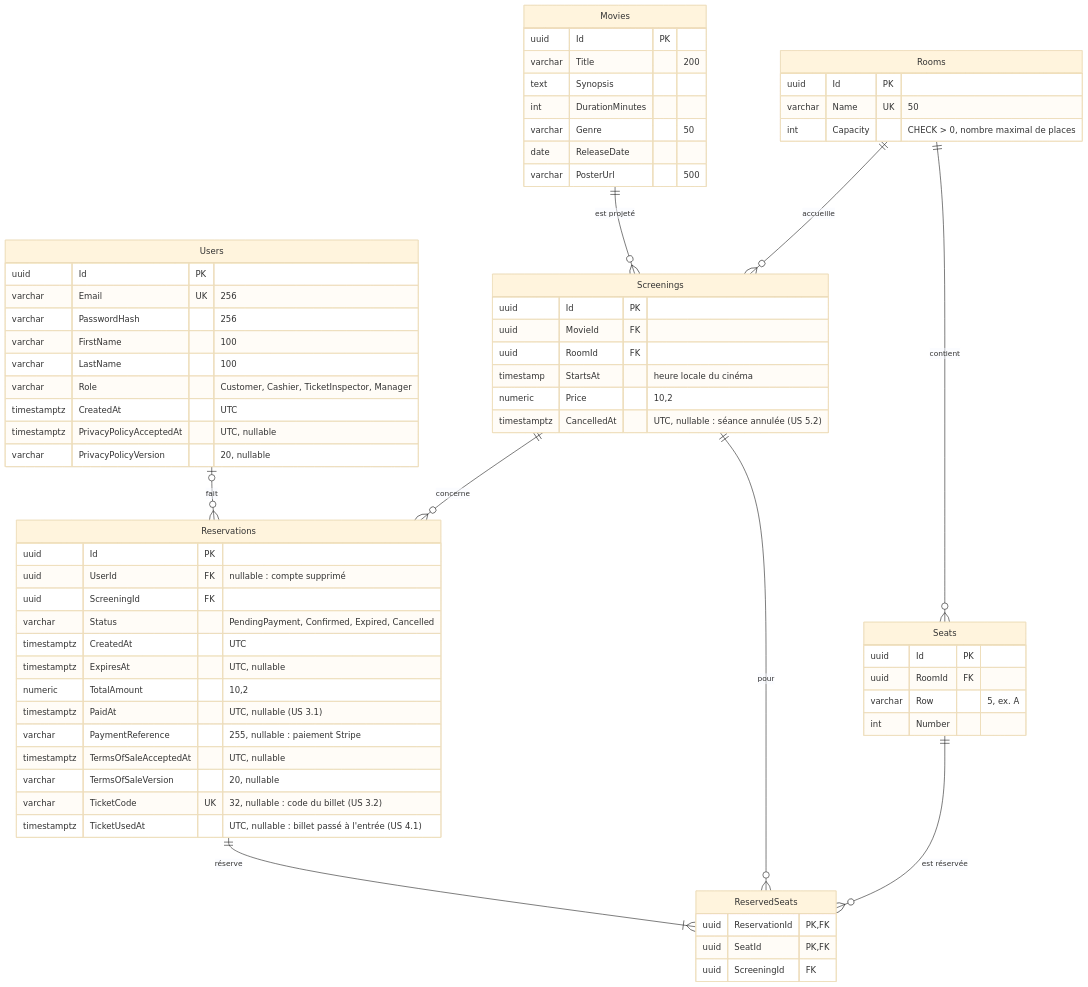
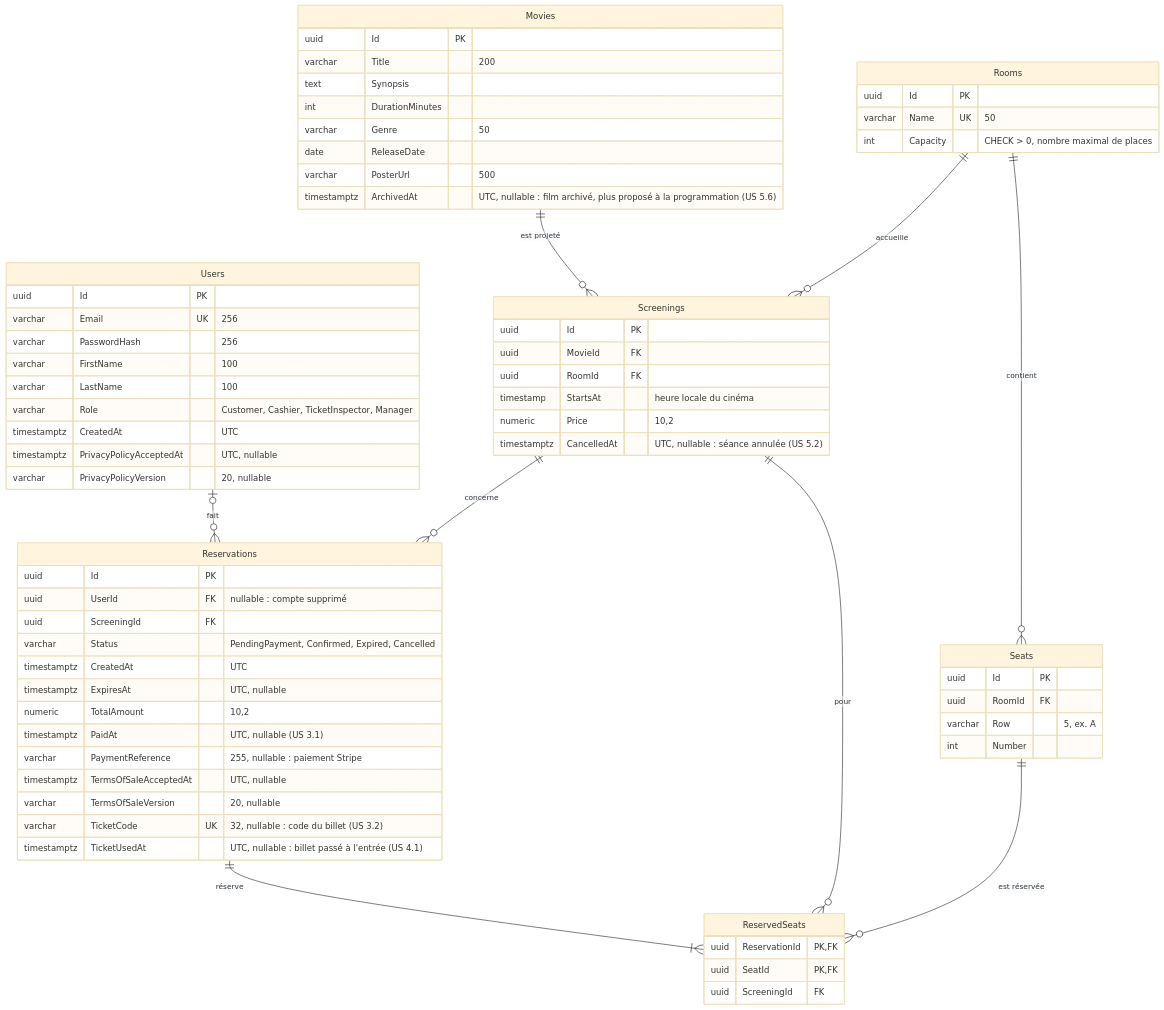
Before and after one commit to Grand-Cinema-Studi/grand-cinema-backend: the diagram in docs/database/erd.md, drawn with Mermaid (base theme). The commit also changed 2 other files, not shown here.

Commit message:
feat(us-5.6): green - an archived movie is kept, no longer offered

````diff
--- a/docs/database/erd.md
+++ b/docs/database/erd.md
@@ -5,71 +5,72 @@
 ```mermaid
 erDiagram
     Users |o--o{ Reservations : "fait"
     Screenings ||--o{ Reservations : "concerne"
     Movies ||--o{ Screenings : "est projeté"
     Rooms ||--o{ Screenings : "accueille"
     Rooms ||--o{ Seats : "contient"
     Reservations ||--|{ ReservedSeats : "réserve"
     Seats ||--o{ ReservedSeats : "est réservée"
     Screenings ||--o{ ReservedSeats : "pour"
 
     Users {
         uuid Id PK
         varchar Email UK "256"
         varchar PasswordHash "256"
         varchar FirstName "100"
         varchar LastName "100"
         varchar Role "Customer, Cashier, TicketInspector, Manager"
         timestamptz CreatedAt "UTC"
         timestamptz PrivacyPolicyAcceptedAt "UTC, nullable"
         varchar PrivacyPolicyVersion "20, nullable"
     }
     Movies {
         uuid Id PK
         varchar Title "200"
         text Synopsis
         int DurationMinutes
         varchar Genre "50"
         date ReleaseDate
         varchar PosterUrl "500"
+        timestamptz ArchivedAt "UTC, nullable : film archivé, plus proposé à la programmation (US 5.6)"
     }
     Rooms {
         uuid Id PK
         varchar Name UK "50"
         int Capacity "CHECK > 0, nombre maximal de places"
     }
     Seats {
         uuid Id PK
         uuid RoomId FK
         varchar Row "5, ex. A"
         int Number
     }
     Screenings {
         uuid Id PK
         uuid MovieId FK
         uuid RoomId FK
         timestamp StartsAt "heure locale du cinéma"
         numeric Price "10,2"
         timestamptz CancelledAt "UTC, nullable : séance annulée (US 5.2)"
     }
     Reservations {
         uuid Id PK
         uuid UserId FK "nullable : compte supprimé"
         uuid ScreeningId FK
         varchar Status "PendingPayment, Confirmed, Expired, Cancelled"
         timestamptz CreatedAt "UTC"
         timestamptz ExpiresAt "UTC, nullable"
         numeric TotalAmount "10,2"
         timestamptz PaidAt "UTC, nullable (US 3.1)"
         varchar PaymentReference "255, nullable : paiement Stripe"
         timestamptz TermsOfSaleAcceptedAt "UTC, nullable"
         varchar TermsOfSaleVersion "20, nullable"
         varchar TicketCode UK "32, nullable : code du billet (US 3.2)"
         timestamptz TicketUsedAt "UTC, nullable : billet passé à l'entrée (US 4.1)"
     }
     ReservedSeats {
         uuid ReservationId PK, FK
         uuid SeatId PK, FK
         uuid ScreeningId FK
     }
 ```
````
